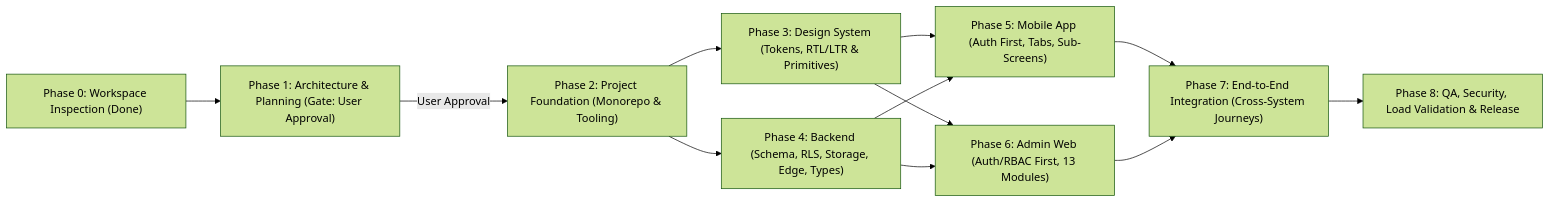
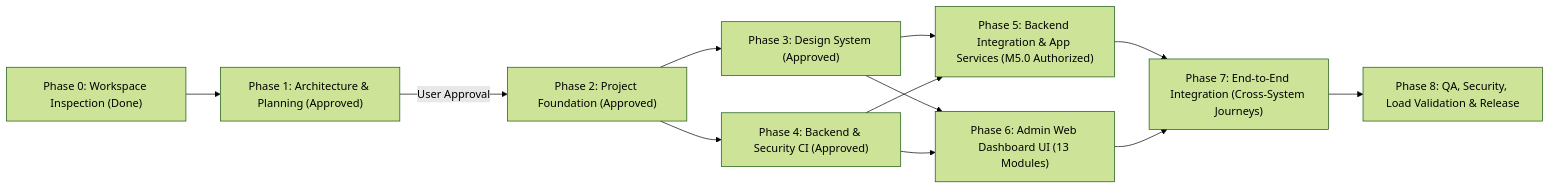
One commit to mohamed-business-developer/SHARK-INVESTMENT-NETWORK changed the diagram in docs/ROADMAP.md. Above: the diagram before and after it, drawn with Mermaid (forest theme). The commit also changed other lines of this file and 26 other files, not shown here.

````diff
--- a/docs/ROADMAP.md
+++ b/docs/ROADMAP.md
@@ -13,24 +13,24 @@
 ```mermaid
 flowchart LR
     P0["Phase 0: Workspace Inspection (Done)"]
-    P1["Phase 1: Architecture & Planning (Gate: User Approval)"]
-    P2["Phase 2: Project Foundation (Monorepo & Tooling)"]
-    P3["Phase 3: Design System (Tokens, RTL/LTR & Primitives)"]
-    P4["Phase 4: Backend (Schema, RLS, Storage, Edge, Types)"]
-    P5["Phase 5: Mobile App (Auth First, Tabs, Sub-Screens)"]
-    P6["Phase 6: Admin Web (Auth/RBAC First, 13 Modules)"]
+    P1["Phase 1: Architecture & Planning (Approved)"]
+    P2["Phase 2: Project Foundation (Approved)"]
+    P3["Phase 3: Design System (Approved)"]
+    P4["Phase 4: Backend & Security CI (Approved)"]
+    P5["Phase 5: Backend Integration & App Services (M5.0 Authorized)"]
+    P6["Phase 6: Admin Web Dashboard UI (13 Modules)"]
     P7["Phase 7: End-to-End Integration (Cross-System Journeys)"]
     P8["Phase 8: QA, Security, Load Validation & Release"]
 
     P0 --> P1
     P1 -->|"User Approval"| P2
     P2 --> P3
     P2 --> P4
     P3 --> P5
     P3 --> P6
     P4 --> P5
     P4 --> P6
     P5 --> P7
     P6 --> P7
     P7 --> P8
 ```
````
